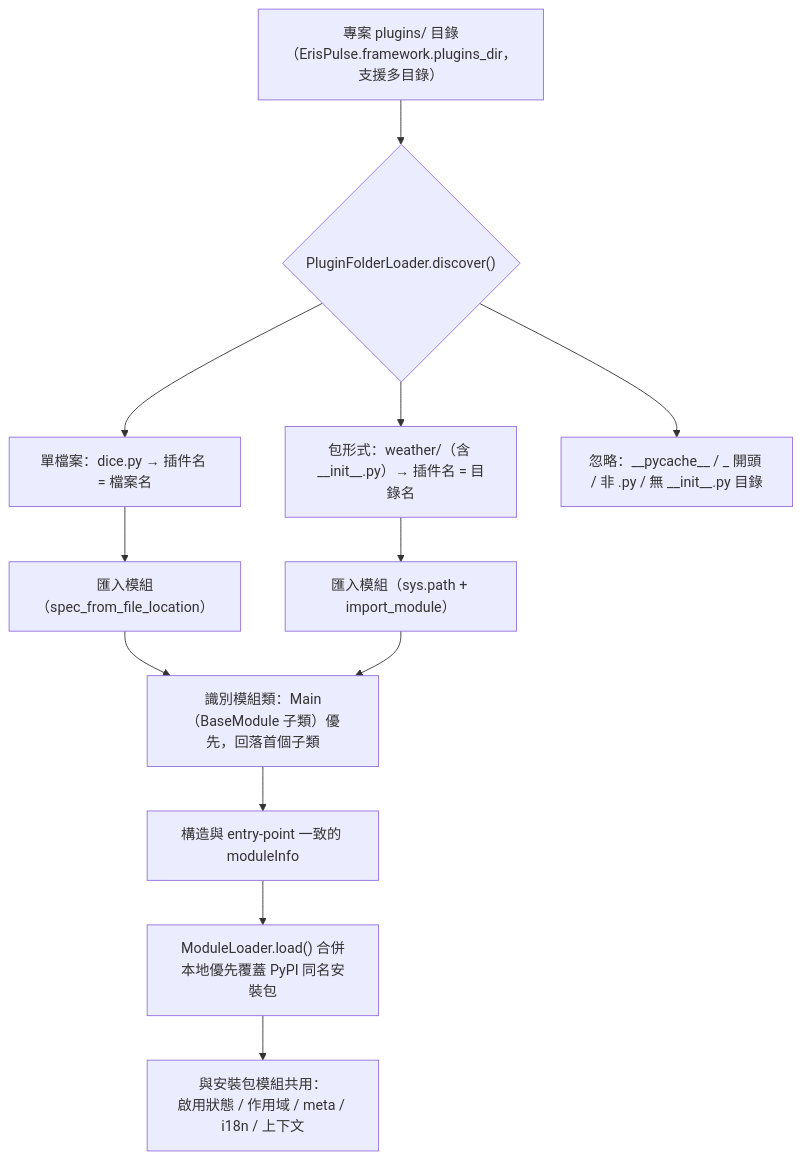
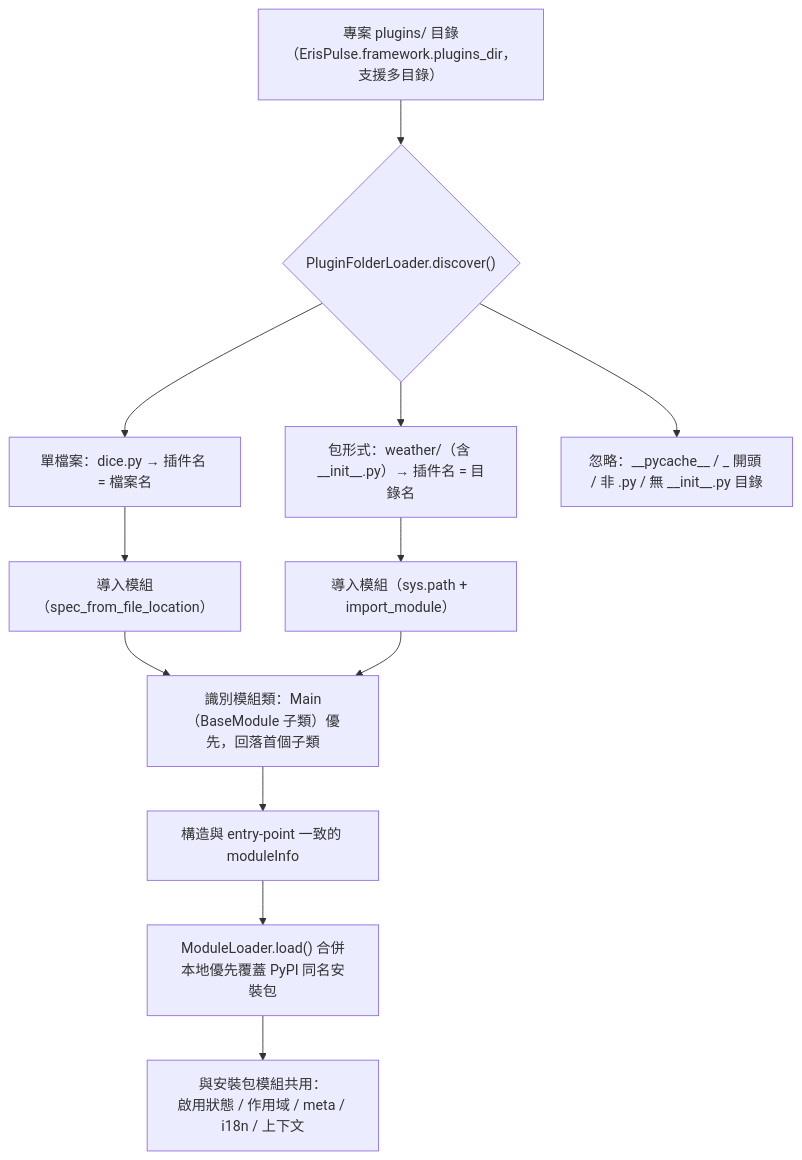
The eighth of 9 diagrams in docs/zh-TW/architecture.md (ErisPulse/ErisPulse), drawn with Mermaid before and after one commit. The commit also changed other lines of this file and 79 other files, not shown here.

````diff
--- a/docs/zh-TW/architecture.md
+++ b/docs/zh-TW/architecture.md
@@ -258,14 +258,14 @@
 ```mermaid
 flowchart TD
     A["專案 plugins/ 目錄<br/>（ErisPulse.framework.plugins_dir，支援多目錄）"] --> B{"PluginFolderLoader.discover()"}
     B --> C["單檔案：dice.py → 插件名 = 檔案名"]
     B --> D["包形式：weather/（含 __init__.py）→ 插件名 = 目錄名"]
     B --> E["忽略：__pycache__ / _ 開頭 / 非 .py / 無 __init__.py 目錄"]
-    C --> F["匯入模組（spec_from_file_location）"]
-    D --> G["匯入模組（sys.path + import_module）"]
+    C --> F["導入模組（spec_from_file_location）"]
+    D --> G["導入模組（sys.path + import_module）"]
     F --> H["識別模組類：Main（BaseModule 子類）優先，回落首個子類"]
     G --> H
     H --> I["構造與 entry-point 一致的 moduleInfo"]
     I --> J["ModuleLoader.load() 合併<br/>本地優先覆蓋 PyPI 同名安裝包"]
     J --> K["與安裝包模組共用：<br/>啟用狀態 / 作用域 / meta / i18n / 上下文"]
 ```
````
